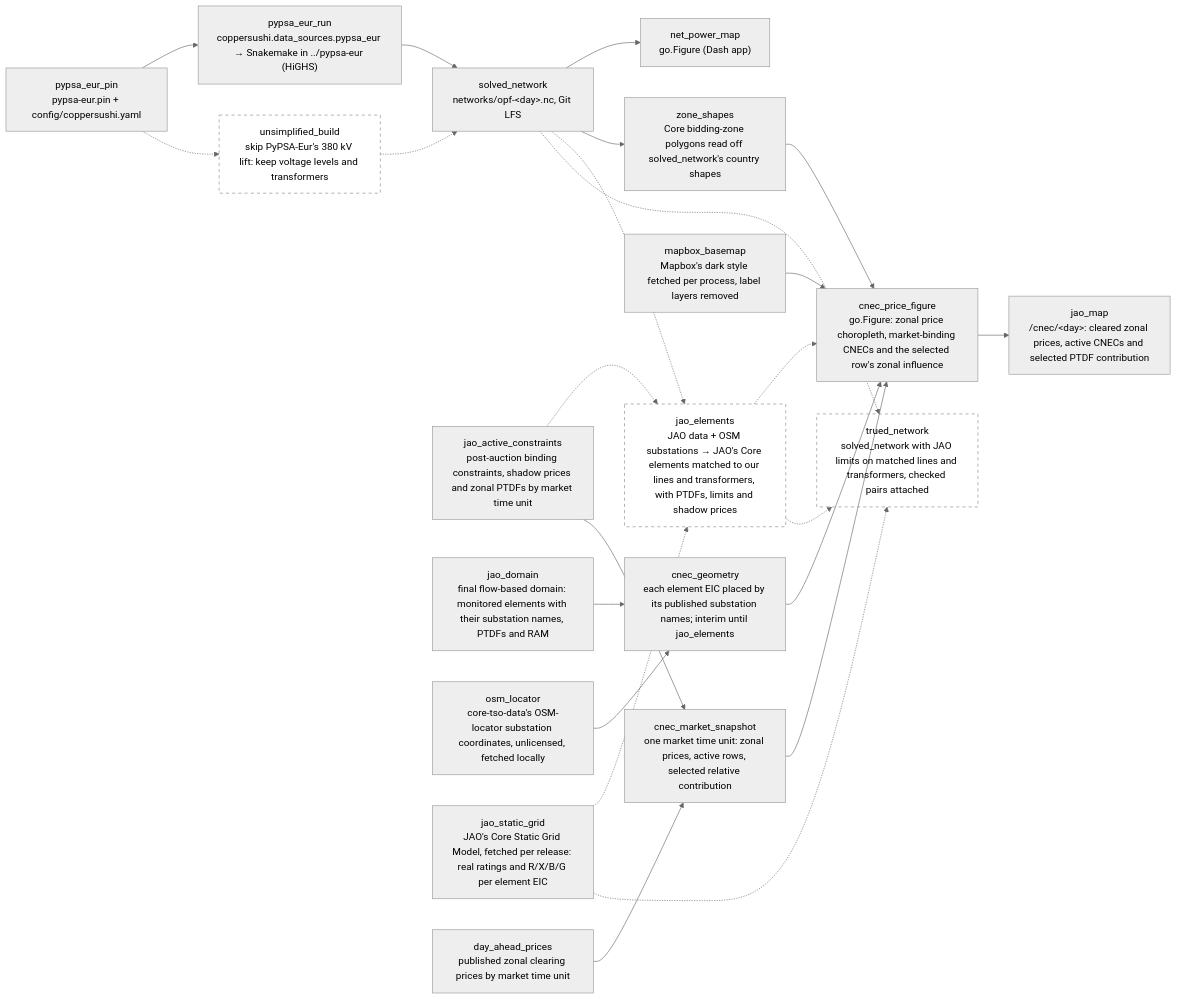
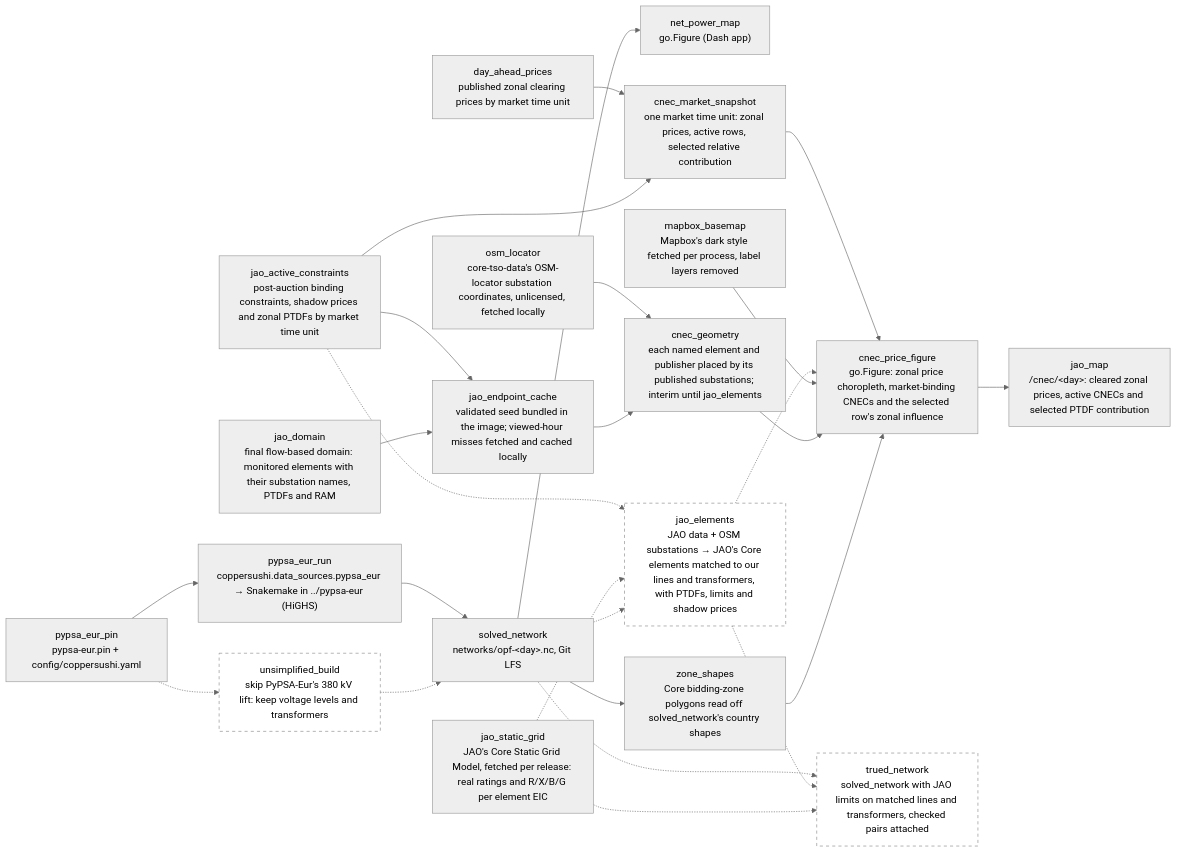
The diagram in wiki/sushi-2.md (zoltanmaric/coppersushi), drawn with Mermaid (neutral theme) before and after one commit. The commit also changed 19 other files, not shown here.

First line of the commit message:
Load CNEC endpoints from a recoverable cache (#95)

````diff
--- a/wiki/sushi-2.md
+++ b/wiki/sushi-2.md
@@ -17,49 +17,52 @@
 ```mermaid
 flowchart LR
     classDef planned stroke-dasharray: 5 5,stroke:#888,fill:none
 
     net_power_map["net_power_map<br/>go.Figure (Dash app)"]
 
     pypsa_eur_pin["pypsa_eur_pin<br/>pypsa-eur.pin + config/coppersushi.yaml"]
     pypsa_eur_run["pypsa_eur_run<br/>coppersushi.data_sources.pypsa_eur → Snakemake in ../pypsa-eur (HiGHS)"]
     solved_network["solved_network<br/>networks/opf-&lt;day&gt;.nc, Git LFS"]
     jao_active_constraints["jao_active_constraints<br/>post-auction binding constraints, shadow prices and zonal PTDFs by market time unit"]
     jao_domain["jao_domain<br/>final flow-based domain: monitored elements with their substation names, PTDFs and RAM"]
+    jao_endpoint_cache["jao_endpoint_cache<br/>validated seed bundled in the image; viewed-hour misses fetched and cached locally"]
     osm_locator["osm_locator<br/>core-tso-data's OSM-locator substation coordinates, unlicensed, fetched locally"]
-    cnec_geometry["cnec_geometry<br/>each element EIC placed by its published substation names; interim until jao_elements"]
+    cnec_geometry["cnec_geometry<br/>each named element and publisher placed by its published substations; interim until jao_elements"]
     zone_shapes["zone_shapes<br/>Core bidding-zone polygons read off solved_network's country shapes"]
     mapbox_basemap["mapbox_basemap<br/>Mapbox's dark style fetched per process, label layers removed"]
 
     jao_static_grid["jao_static_grid<br/>JAO's Core Static Grid Model, fetched per release: real ratings and R/X/B/G per element EIC"]
 
     unsimplified["unsimplified_build<br/>skip PyPSA-Eur's 380 kV lift: keep voltage levels and transformers"]:::planned
     jao_elements["jao_elements<br/>JAO data + OSM substations → JAO's Core elements matched to our lines and transformers, with PTDFs, limits and shadow prices"]:::planned
     day_ahead_prices["day_ahead_prices<br/>published zonal clearing prices by market time unit"]
     cnec_market_snapshot["cnec_market_snapshot<br/>one market time unit: zonal prices, active rows, selected relative contribution"]
     cnec_price_figure["cnec_price_figure<br/>go.Figure: zonal price choropleth, market-binding CNECs and the selected row's zonal influence"]
     jao_map["jao_map<br/>/cnec/&lt;day&gt;: cleared zonal prices, active CNECs and selected PTDF contribution"]
     trued_network["trued_network<br/>solved_network with JAO limits on matched lines and transformers, checked pairs attached"]:::planned
 
     pypsa_eur_pin --> pypsa_eur_run
     pypsa_eur_pin -.-> unsimplified
     unsimplified -.-> solved_network
     pypsa_eur_run --> solved_network
     solved_network --> net_power_map
     solved_network --> zone_shapes
     zone_shapes --> cnec_price_figure
-    jao_domain --> cnec_geometry
+    jao_domain --> jao_endpoint_cache
+    jao_active_constraints --> jao_endpoint_cache
+    jao_endpoint_cache --> cnec_geometry
     osm_locator --> cnec_geometry
     cnec_geometry --> cnec_price_figure
     mapbox_basemap --> cnec_price_figure
     solved_network -.-> jao_elements
     jao_static_grid -.-> jao_elements
     jao_static_grid -.-> trued_network
     jao_active_constraints -.-> jao_elements
     jao_active_constraints --> cnec_market_snapshot
     day_ahead_prices --> cnec_market_snapshot
     jao_elements -.-> cnec_price_figure
     cnec_market_snapshot --> cnec_price_figure
     cnec_price_figure --> jao_map
     jao_elements -.-> trued_network
     solved_network -.-> trued_network
 ```
````
